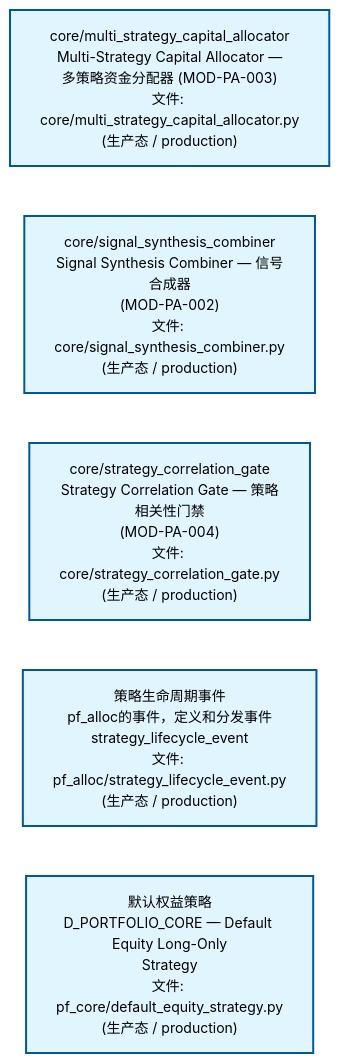
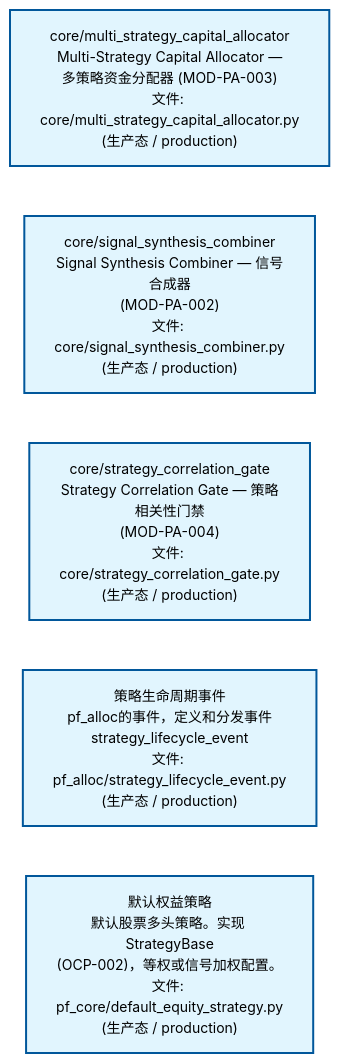
The second of 4 diagrams in docs/02_enterprise_architecture/02_domain_architecture_docs/62_d_pf_alloc.md (xuanFelixVan/ZephyrAlpha), drawn with Mermaid before and after one commit. The commit also changed other lines of this file and 48 other files, not shown here.

````diff
--- a/docs/02_enterprise_architecture/02_domain_architecture_docs/62_d_pf_alloc.md
+++ b/docs/02_enterprise_architecture/02_domain_architecture_docs/62_d_pf_alloc.md
@@ -92,18 +92,18 @@
 ```mermaid
 %%{init: {'theme': 'base', 'themeVariables': {'primaryColor': '#eaeaea', 'primaryTextColor': '#333333', 'primaryBorderColor': '#666666', 'lineColor': '#666666', 'secondaryColor': '#eaeaea', 'tertiaryColor': '#eaeaea', 'fontSize': '14px'}}}%%
 flowchart TD
     src_zephyr_pf_alloc_core_multi_strategy_capital_allocator_py["core/multi_strategy_capital_allocator<br/>Multi-Strategy Capital Allocator —<br/>多策略资金分配器 (MOD-PA-003)<br/>文件: core/multi_strategy_capital_allocator.py<br/>(生产态 / production)"]
     src_zephyr_pf_alloc_core_signal_synthesis_combiner_py["core/signal_synthesis_combiner<br/>Signal Synthesis Combiner — 信号合成器<br/>(MOD-PA-002)<br/>文件: core/signal_synthesis_combiner.py<br/>(生产态 / production)"]
     src_zephyr_pf_alloc_core_strategy_correlation_gate_py["core/strategy_correlation_gate<br/>Strategy Correlation Gate — 策略相关性门禁<br/>(MOD-PA-004)<br/>文件: core/strategy_correlation_gate.py<br/>(生产态 / production)"]
     src_zephyr_pf_alloc_strategy_lifecycle_event_py["策略生命周期事件<br/>pf_alloc的事件，定义和分发事件<br/>strategy_lifecycle_event<br/>文件: pf_alloc/strategy_lifecycle_event.py<br/>(生产态 / production)"]
-    src_zephyr_pf_core_default_equity_strategy_py["默认权益策略<br/>D_PORTFOLIO_CORE — Default Equity Long-Only<br/>Strategy<br/>文件: pf_core/default_equity_strategy.py<br/>(生产态 / production)"]
+    src_zephyr_pf_core_default_equity_strategy_py["默认权益策略<br/>默认股票多头策略。实现 StrategyBase<br/>(OCP-002)，等权或信号加权配置。<br/>文件: pf_core/default_equity_strategy.py<br/>(生产态 / production)"]
     src_zephyr_pf_alloc_core_multi_strategy_capital_allocator_py ~~~ src_zephyr_pf_alloc_core_signal_synthesis_combiner_py
     src_zephyr_pf_alloc_core_signal_synthesis_combiner_py ~~~ src_zephyr_pf_alloc_core_strategy_correlation_gate_py
     src_zephyr_pf_alloc_core_strategy_correlation_gate_py ~~~ src_zephyr_pf_alloc_strategy_lifecycle_event_py
     src_zephyr_pf_alloc_strategy_lifecycle_event_py ~~~ src_zephyr_pf_core_default_equity_strategy_py
     classDef production fill:#e1f5fe,stroke:#01579b,stroke-width:2px,color:#000
     classDef design fill:#fff3e0,stroke:#e65100,stroke-width:2px,color:#000,stroke-dasharray: 5 5
     classDef external_prod fill:#e8f4fd,stroke:#0277bd,stroke-width:1px,color:#000
     classDef external_design fill:#fff8e7,stroke:#ef6c00,stroke-width:1px,color:#000,stroke-dasharray: 5 5
     class src_zephyr_pf_alloc_core_multi_strategy_capital_allocator_py,src_zephyr_pf_alloc_core_signal_synthesis_combiner_py,src_zephyr_pf_alloc_core_strategy_correlation_gate_py,src_zephyr_pf_alloc_strategy_lifecycle_event_py,src_zephyr_pf_core_default_equity_strategy_py production
 ```
````
